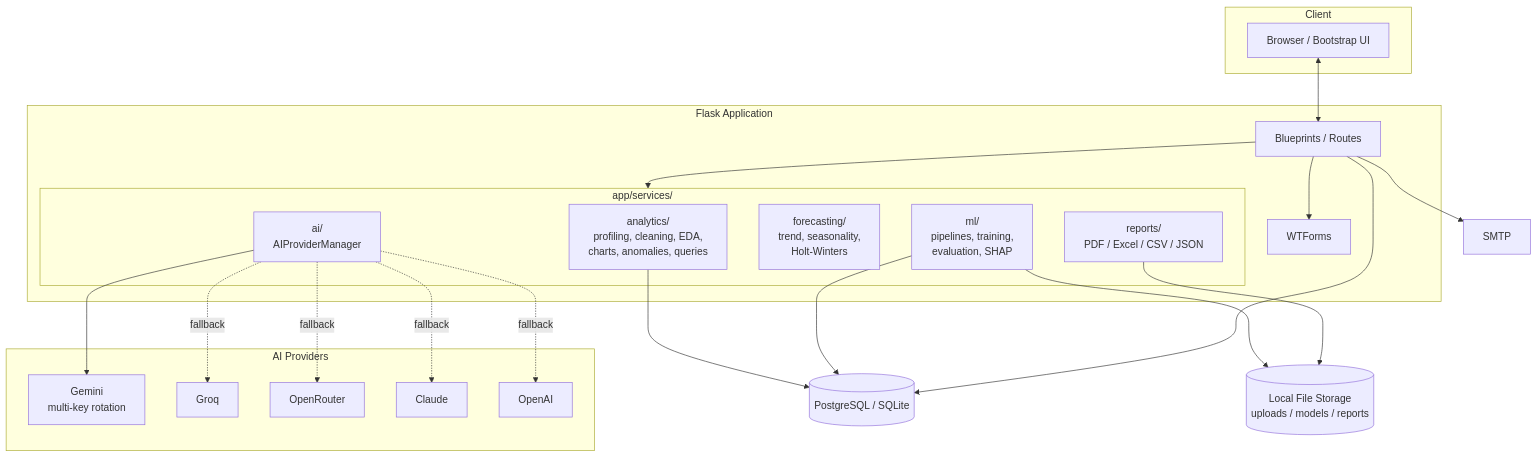
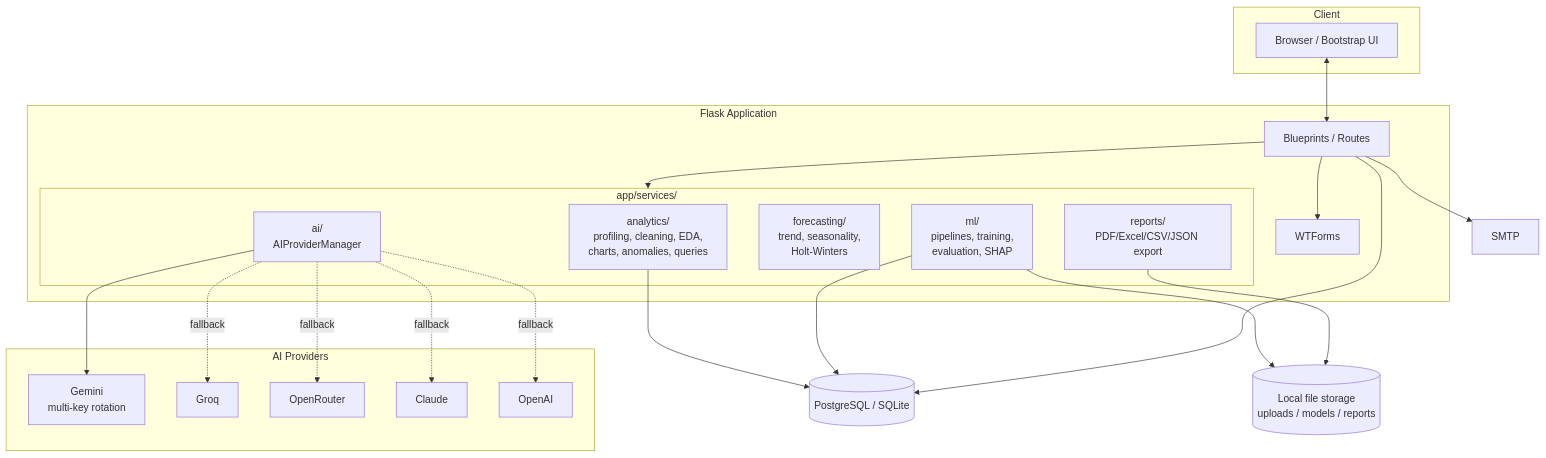
Before and after one commit to abaid6790/Ai-Business-Analytics: the first of 3 diagrams in README.md, drawn with Mermaid. The commit also changed other lines of this file and 22 other files, not shown here.

````diff
--- a/README.md
+++ b/README.md
@@ -802,51 +61,47 @@
 ```mermaid
 flowchart TB
-
     subgraph Client
         Browser[Browser / Bootstrap UI]
     end
 
     subgraph Flask["Flask Application"]
         Routes[Blueprints / Routes]
         Forms[WTForms]
         Services[Service Layer]
     end
 
     subgraph Services["app/services/"]
-        Analytics["analytics/<br/>profiling, cleaning, EDA,<br/>charts, anomalies, queries"]
-        MLSvc["ml/<br/>pipelines, training,<br/>evaluation, SHAP"]
-        ForecastSvc["forecasting/<br/>trend, seasonality,<br/>Holt-Winters"]
-        ReportSvc["reports/<br/>PDF / Excel / CSV / JSON"]
-        AISvc["ai/<br/>AIProviderManager"]
+        Analytics[analytics/<br/>profiling, cleaning, EDA,<br/>charts, anomalies, queries]
+        MLSvc[ml/<br/>pipelines, training,<br/>evaluation, SHAP]
+        ForecastSvc[forecasting/<br/>trend, seasonality,<br/>Holt-Winters]
+        ReportSvc[reports/<br/>PDF/Excel/CSV/JSON export]
+        AISvc[ai/<br/>AIProviderManager]
     end
 
     subgraph AIProviders["AI Providers"]
         Gemini[Gemini<br/>multi-key rotation]
         Groq[Groq]
         OpenRouter[OpenRouter]
         Claude[Claude]
         OpenAI[OpenAI]
     end
 
     DB[(PostgreSQL / SQLite)]
-    FS[(Local File Storage<br/>uploads / models / reports)]
+    FS[(Local file storage<br/>uploads / models / reports)]
     Mail[SMTP]
 
     Browser <--> Routes
     Routes --> Forms
     Routes --> Services
-
     Analytics --> DB
     MLSvc --> DB
     MLSvc --> FS
     ReportSvc --> FS
-
     AISvc --> Gemini
-    AISvc -. fallback .-> Groq
-    AISvc -. fallback .-> OpenRouter
-    AISvc -. fallback .-> Claude
-    AISvc -. fallback .-> OpenAI
-
+    AISvc -.fallback.-> Groq
+    AISvc -.fallback.-> OpenRouter
+    AISvc -.fallback.-> Claude
+    AISvc -.fallback.-> OpenAI
     Routes --> DB
     Routes --> Mail
 ```
````
